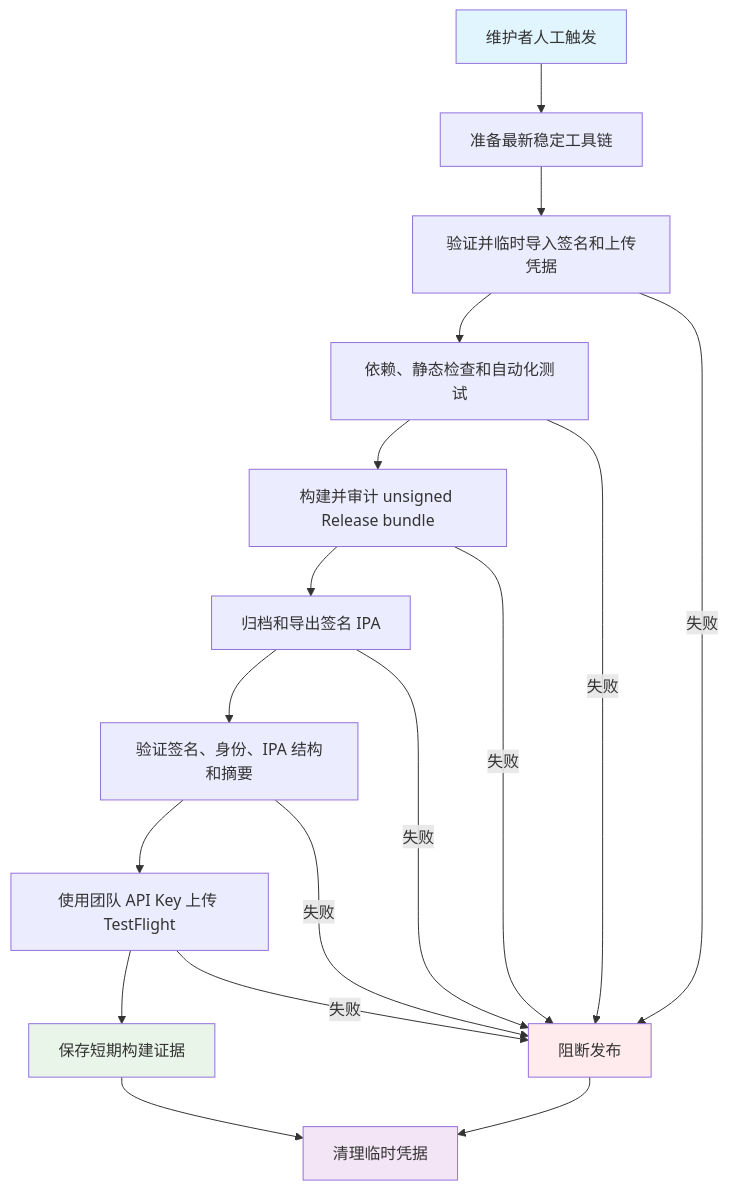
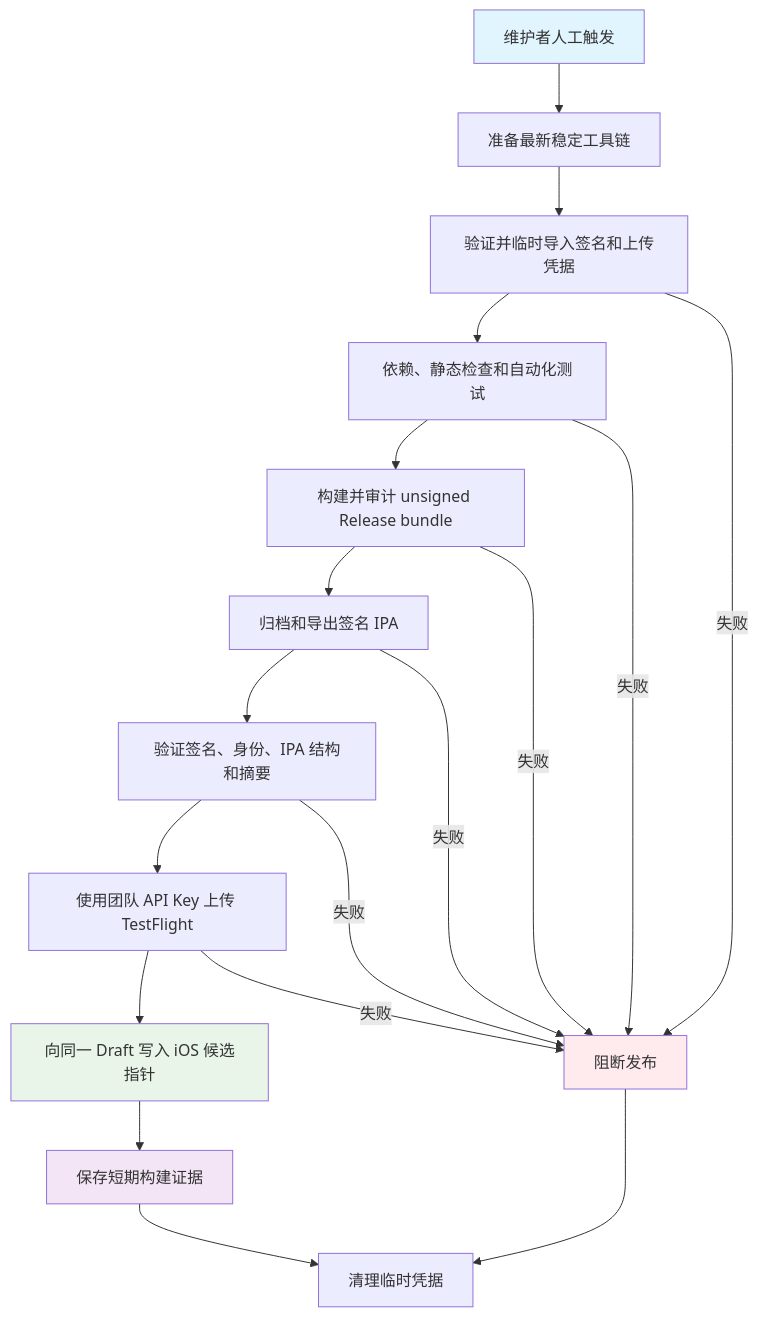
One commit to zhangheng2022/meet_trace changed the diagram in spec/spec-process-cicd-ios-testflight.md. Above: the diagram before and after it, drawn with Mermaid. The commit also changed other lines of this file and 13 other files, not shown here.

````diff
--- a/spec/spec-process-cicd-ios-testflight.md
+++ b/spec/spec-process-cicd-ios-testflight.md
@@ -18,24 +18,25 @@
 ```mermaid
 graph TD
     A[维护者人工触发] --> B[准备最新稳定工具链]
     B --> C[验证并临时导入签名和上传凭据]
     C --> D[依赖、静态检查和自动化测试]
     D --> E[构建并审计 unsigned Release bundle]
     E --> F[归档和导出签名 IPA]
     F --> G[验证签名、身份、IPA 结构和摘要]
     G --> H[使用团队 API Key 上传 TestFlight]
-    H --> I[保存短期构建证据]
-    I --> J[清理临时凭据]
+    H --> I[向同一 Draft 写入 iOS 候选指针]
+    I --> J[保存短期构建证据]
+    J --> L[清理临时凭据]
     C -->|失败| K[阻断发布]
     D -->|失败| K
     E -->|失败| K
     F -->|失败| K
     G -->|失败| K
     H -->|失败| K
-    K --> J
+    K --> L
 
     style A fill:#e1f5fe
     style I fill:#e8f5e8
     style K fill:#ffebee
     style J fill:#f3e5f5
 ```
````
